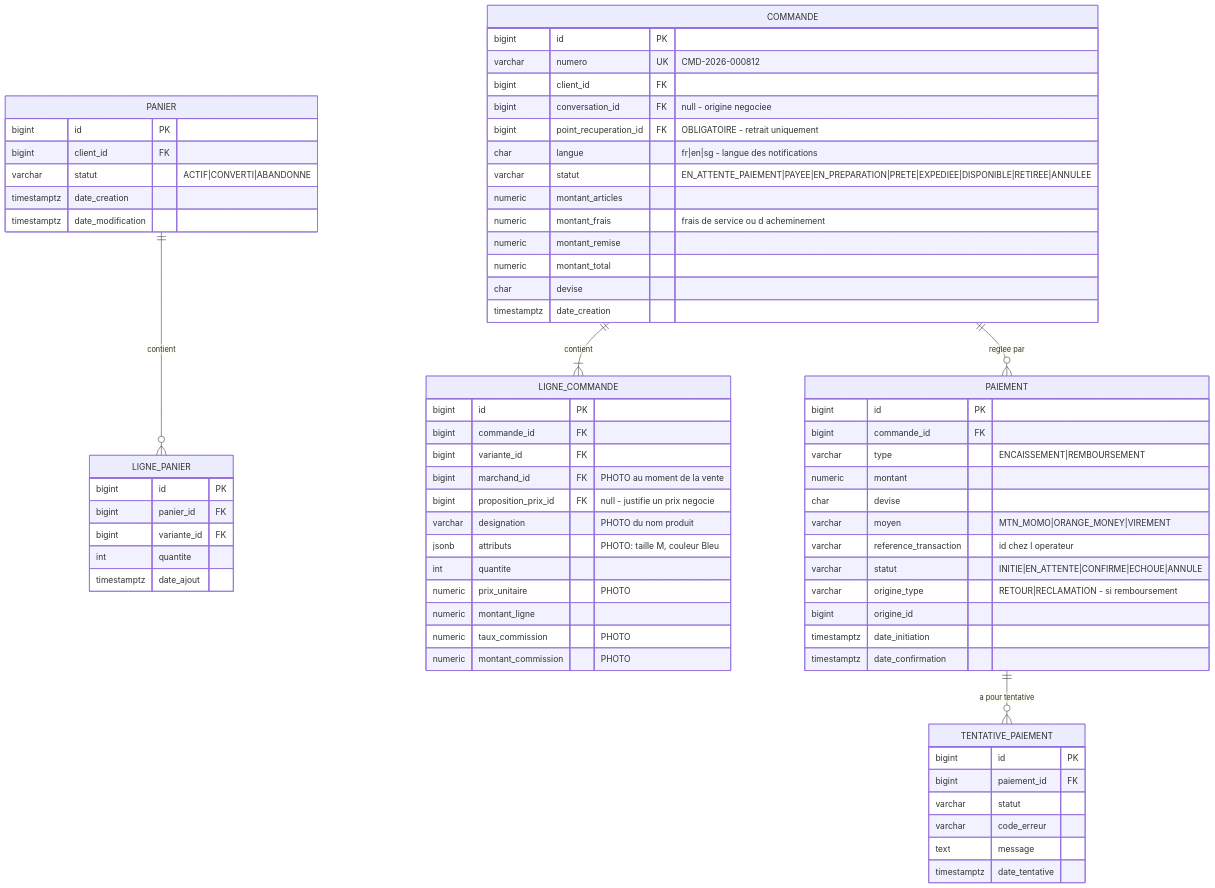
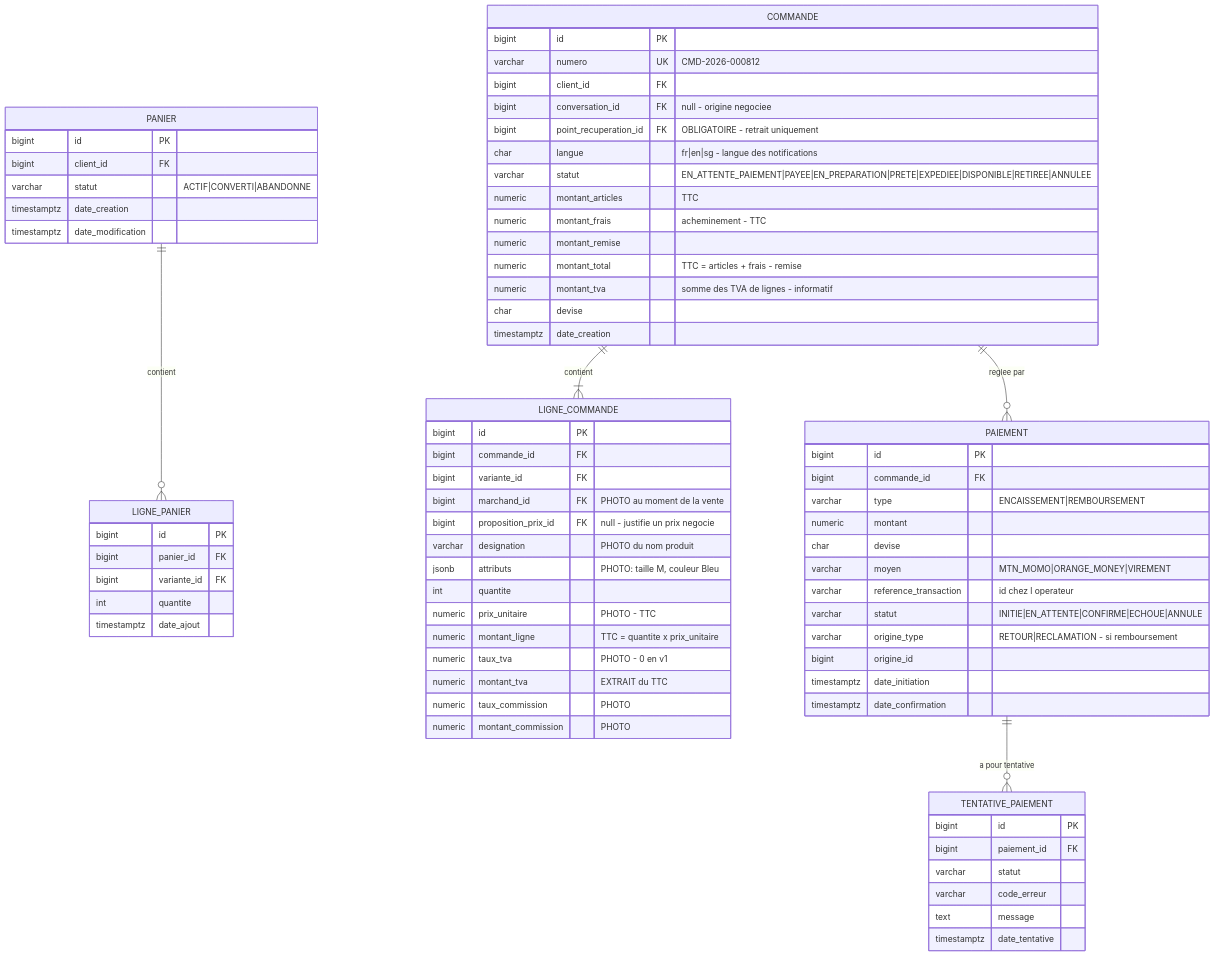
One commit to Dominique-BRIA/garah changed the fifth of 12 diagrams in docs/cours/03-le-modele-corrige.md. Above: the diagram before and after it, drawn with Mermaid. The commit also changed other lines of this file and 2 other files, not shown here.

````diff
--- a/docs/cours/03-le-modele-corrige.md
+++ b/docs/cours/03-le-modele-corrige.md
@@ -663,78 +722,81 @@
 ```mermaid
 erDiagram
     PANIER {
         bigint id PK
         bigint client_id FK
         varchar statut "ACTIF|CONVERTI|ABANDONNE"
         timestamptz date_creation
         timestamptz date_modification
     }
 
     LIGNE_PANIER {
         bigint id PK
         bigint panier_id FK
         bigint variante_id FK
         int quantite
         timestamptz date_ajout
     }
 
     COMMANDE {
         bigint id PK
         varchar numero UK "CMD-2026-000812"
         bigint client_id FK
         bigint conversation_id FK "null - origine negociee"
         bigint point_recuperation_id FK "OBLIGATOIRE - retrait uniquement"
         char langue "fr|en|sg - langue des notifications"
         varchar statut "EN_ATTENTE_PAIEMENT|PAYEE|EN_PREPARATION|PRETE|EXPEDIEE|DISPONIBLE|RETIREE|ANNULEE"
-        numeric montant_articles
-        numeric montant_frais "frais de service ou d acheminement"
+        numeric montant_articles "TTC"
+        numeric montant_frais "acheminement - TTC"
         numeric montant_remise
-        numeric montant_total
+        numeric montant_total "TTC = articles + frais - remise"
+        numeric montant_tva "somme des TVA de lignes - informatif"
         char devise
         timestamptz date_creation
     }
 
     LIGNE_COMMANDE {
         bigint id PK
         bigint commande_id FK
         bigint variante_id FK
         bigint marchand_id FK "PHOTO au moment de la vente"
         bigint proposition_prix_id FK "null - justifie un prix negocie"
         varchar designation "PHOTO du nom produit"
         jsonb attributs "PHOTO: taille M, couleur Bleu"
         int quantite
-        numeric prix_unitaire "PHOTO"
-        numeric montant_ligne
+        numeric prix_unitaire "PHOTO - TTC"
+        numeric montant_ligne "TTC = quantite x prix_unitaire"
+        numeric taux_tva "PHOTO - 0 en v1"
+        numeric montant_tva "EXTRAIT du TTC"
         numeric taux_commission "PHOTO"
         numeric montant_commission "PHOTO"
     }
 
     PAIEMENT {
         bigint id PK
         bigint commande_id FK
         varchar type "ENCAISSEMENT|REMBOURSEMENT"
         numeric montant
         char devise
         varchar moyen "MTN_MOMO|ORANGE_MONEY|VIREMENT"
         varchar reference_transaction "id chez l operateur"
         varchar statut "INITIE|EN_ATTENTE|CONFIRME|ECHOUE|ANNULE"
         varchar origine_type "RETOUR|RECLAMATION - si remboursement"
         bigint origine_id
         timestamptz date_initiation
         timestamptz date_confirmation
     }
 
     TENTATIVE_PAIEMENT {
         bigint id PK
         bigint paiement_id FK
         varchar statut
         varchar code_erreur
         text message
         timestamptz date_tentative
     }
 
     PANIER ||--o{ LIGNE_PANIER : "contient"
     COMMANDE ||--|{ LIGNE_COMMANDE : "contient"
     COMMANDE ||--o{ PAIEMENT : "reglee par"
     PAIEMENT ||--o{ TENTATIVE_PAIEMENT : "a pour tentative"
 ```
````
